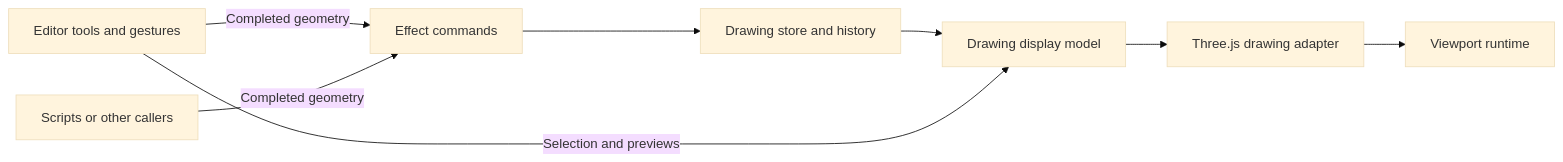
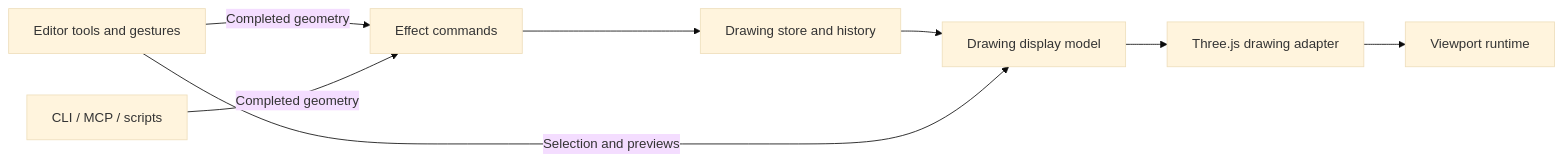
Before and after one commit to ropi-dev/ecad: the diagram in docs/architecture.md, drawn with Mermaid (base theme). The commit also changed other lines of this file and 24 other files, not shown here.

````diff
--- a/docs/architecture.md
+++ b/docs/architecture.md
@@ -7,10 +7,10 @@
 ```mermaid
 flowchart LR
     Editor[Editor tools and gestures] -->|Completed geometry| Commands[Effect commands]
-    Caller[Scripts or other callers] -->|Completed geometry| Commands
+    Caller[CLI / MCP / scripts] -->|Completed geometry| Commands
     Commands --> Document[Drawing store and history]
     Document --> Display[Drawing display model]
     Editor -->|Selection and previews| Display
     Display --> Engine[Three.js drawing adapter]
     Engine --> Viewport[Viewport runtime]
 ```
````
